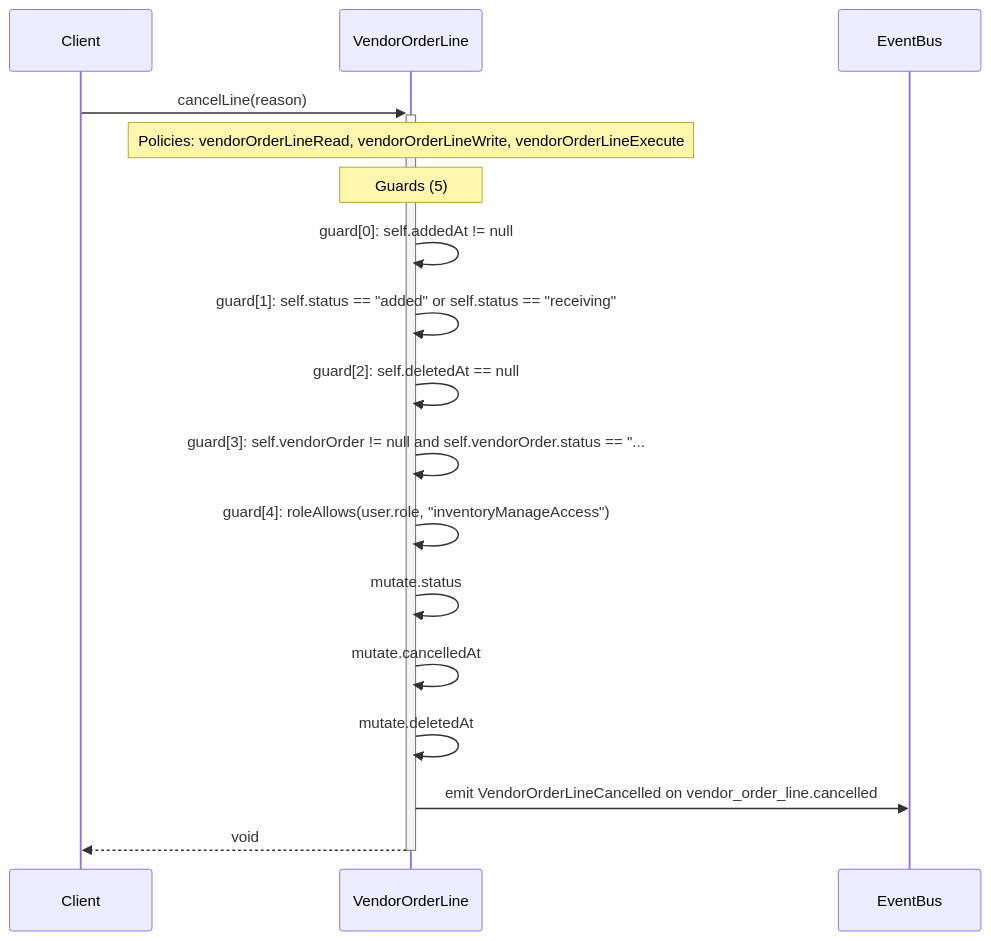
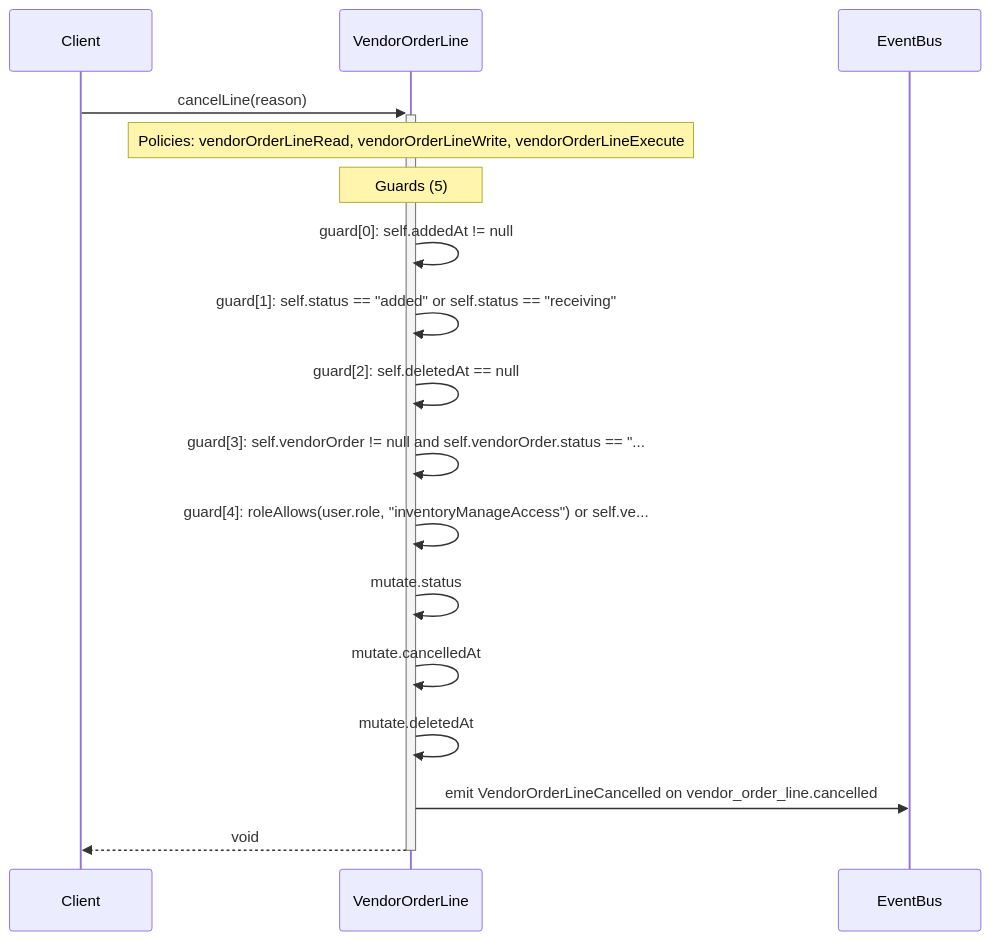
One commit to Angriff36/capsule changed the diagram in diagrams/sequence-VendorOrderLine-cancelLine.mmd. Above: the diagram before and after it, drawn with Mermaid. The commit also changed 32 other files, not shown here.

```diff
--- a/diagrams/sequence-VendorOrderLine-cancelLine.mmd
+++ b/diagrams/sequence-VendorOrderLine-cancelLine.mmd
@@ -1,17 +1,17 @@
 sequenceDiagram
     participant Client
     participant VendorOrderLine as VendorOrderLine
     participant EventBus
     Client->>+VendorOrderLine: cancelLine(reason)
     Note over VendorOrderLine: Policies: vendorOrderLineRead, vendorOrderLineWrite, vendorOrderLineExecute
     Note over VendorOrderLine: Guards (5)
     VendorOrderLine->>VendorOrderLine: guard[0]: self.addedAt != null
     VendorOrderLine->>VendorOrderLine: guard[1]: self.status == #quot;added#quot; or self.status == #quot;receiving#quot;
     VendorOrderLine->>VendorOrderLine: guard[2]: self.deletedAt == null
     VendorOrderLine->>VendorOrderLine: guard[3]: self.vendorOrder != null and self.vendorOrder.status == #quot;...
-    VendorOrderLine->>VendorOrderLine: guard[4]: roleAllows(user.role, #quot;inventoryManageAccess#quot;)
+    VendorOrderLine->>VendorOrderLine: guard[4]: roleAllows(user.role, #quot;inventoryManageAccess#quot;) or self.ve...
     VendorOrderLine->>VendorOrderLine: mutate.status
     VendorOrderLine->>VendorOrderLine: mutate.cancelledAt
     VendorOrderLine->>VendorOrderLine: mutate.deletedAt
     VendorOrderLine->>EventBus: emit VendorOrderLineCancelled on vendor_order_line.cancelled
     VendorOrderLine-->>-Client: void
```
